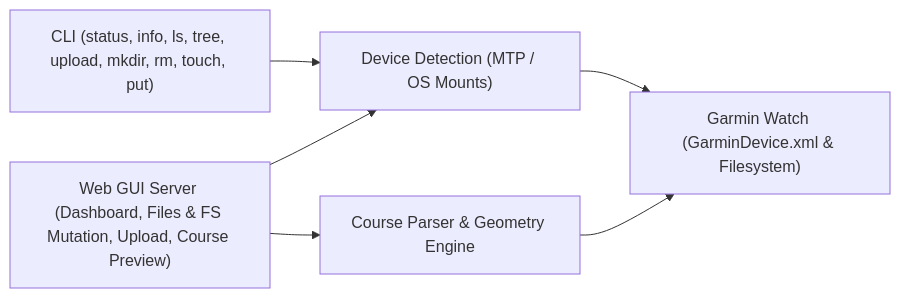
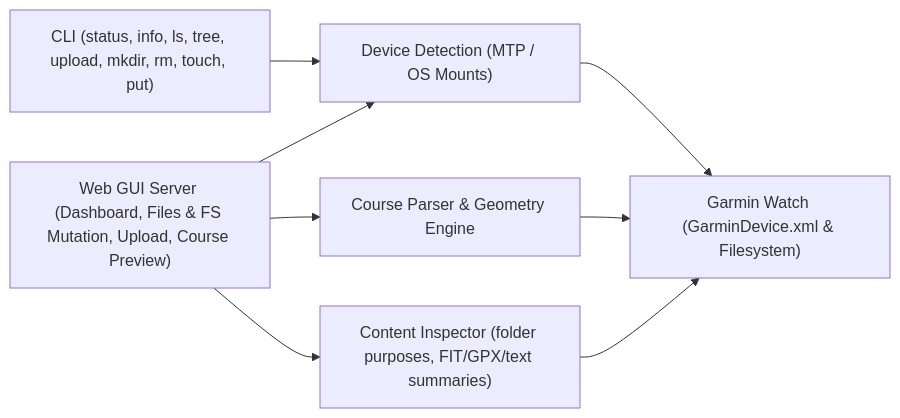
The second of 2 diagrams in specs/constitution.md (jvanheerikhuize/garmin-connector), drawn with Mermaid before and after one commit. The commit also changed other lines of this file and 7 other files, not shown here.

````diff
--- a/specs/constitution.md
+++ b/specs/constitution.md
@@ -192,8 +204,10 @@
 ```mermaid
 flowchart LR
     CLI["CLI (status, info, ls, tree, upload, mkdir, rm, touch, put)"] --> Detector["Device Detection (MTP / OS Mounts)"]
     Web["Web GUI Server (Dashboard, Files & FS Mutation, Upload, Course Preview)"] --> CourseParser["Course Parser & Geometry Engine"]
     Web --> Detector
     Detector --> Watch["Garmin Watch (GarminDevice.xml & Filesystem)"]
     CourseParser --> Watch
+    Web --> Inspector["Content Inspector (folder purposes, FIT/GPX/text summaries)"]
+    Inspector --> Watch
 ```
````
